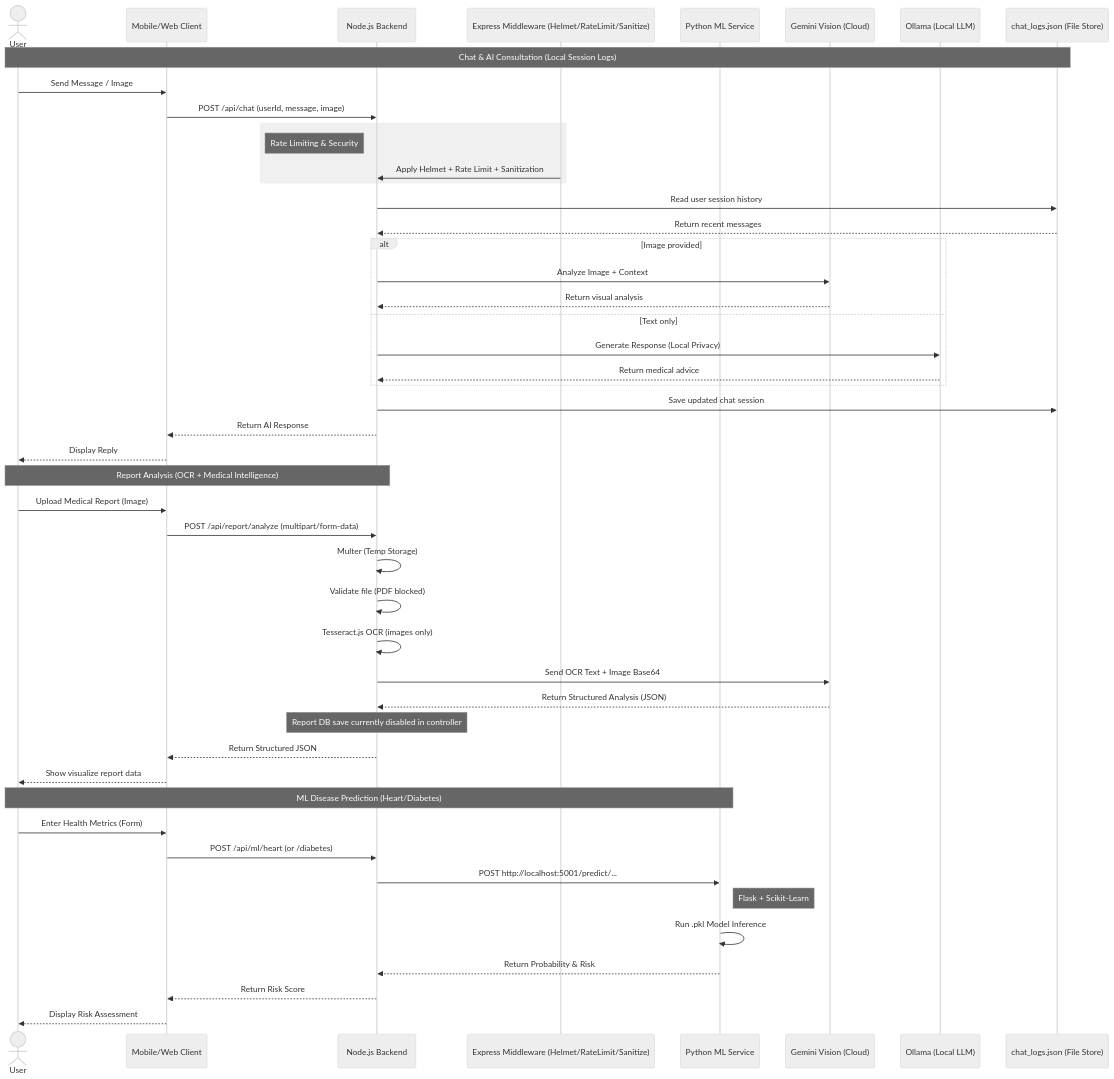
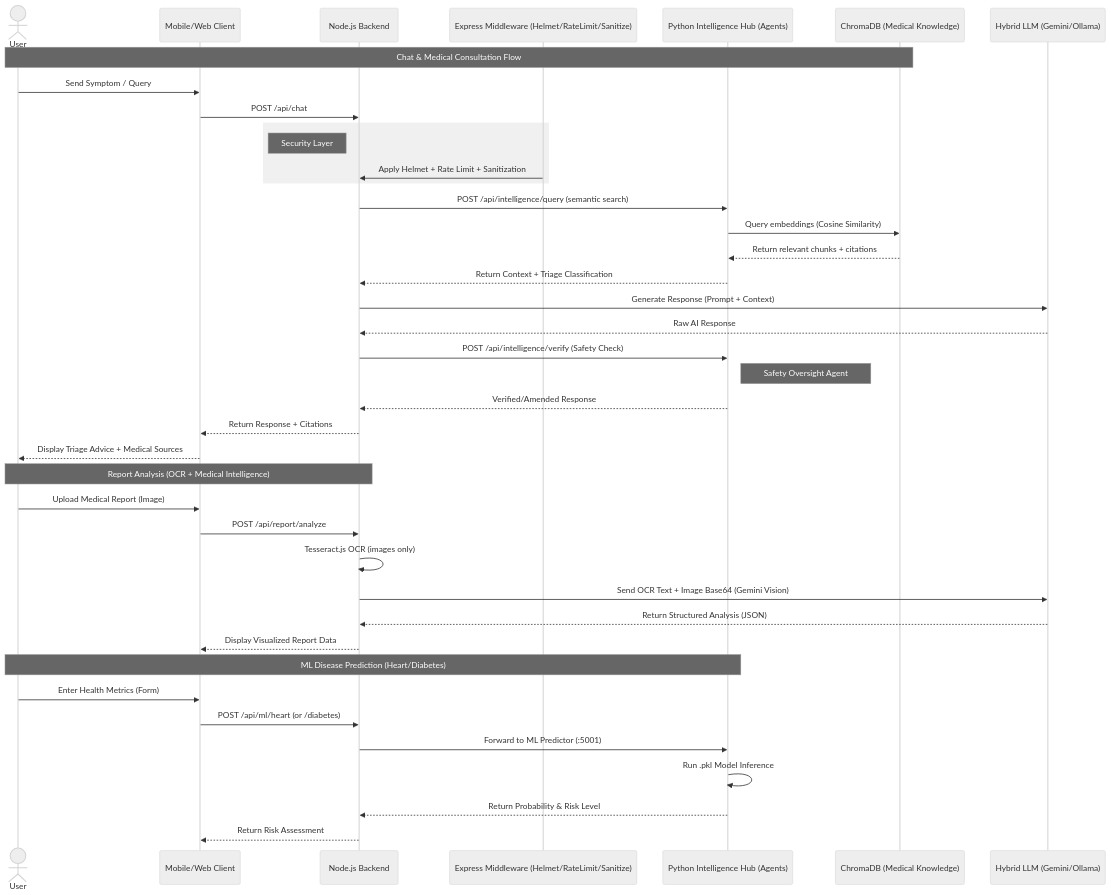
Before and after one commit to yashsrivastava1408/Aether-Clinic: the first of 2 diagrams in README.md, drawn with Mermaid (neutral theme). The commit also changed other lines of this file and 32 other files, not shown here.

````diff
--- a/README.md
+++ b/README.md
@@ -7,62 +7,51 @@
 ```mermaid
 sequenceDiagram
     actor User
     participant App as Mobile/Web Client
     participant Server as Node.js Backend
     participant Security as Express Middleware (Helmet/RateLimit/Sanitize)
-    participant MLService as Python ML Service
-    participant Gemini as Gemini Vision (Cloud)
-    participant Ollama as Ollama (Local LLM)
-    participant Logs as chat_logs.json (File Store)
+    participant IntelHub as Python Intelligence Hub (Agents)
+    participant VectorDB as ChromaDB (Medical Knowledge)
+    participant LLM as Hybrid LLM (Gemini/Ollama)
     
-    Note over User,Logs: Chat & AI Consultation (Local Session Logs)
-    User->>App: Send Message / Image
-    App->>Server: POST /api/chat (userId, message, image)
+    Note over User,VectorDB: Chat & Medical Consultation Flow
+    User->>App: Send Symptom / Query
+    App->>Server: POST /api/chat
     
     rect rgb(240, 240, 240)
-        Note left of Server: Rate Limiting & Security
+        Note left of Server: Security Layer
         Security->>Server: Apply Helmet + Rate Limit + Sanitization
     end
 
-    Server->>Logs: Read user session history
-    Logs-->>Server: Return recent messages
+    Server->>IntelHub: POST /api/intelligence/query (semantic search)
+    IntelHub->>VectorDB: Query embeddings (Cosine Similarity)
+    VectorDB-->>IntelHub: Return relevant chunks + citations
+    IntelHub-->>Server: Return Context + Triage Classification
     
-    alt Image provided
-        Server->>Gemini: Analyze Image + Context
-        Gemini-->>Server: Return visual analysis
-    else Text only
-        Server->>Ollama: Generate Response (Local Privacy)
-        Ollama-->>Server: Return medical advice
-    end
-
-    Server->>Logs: Save updated chat session
-    Server-->>App: Return AI Response
-    App-->>User: Display Reply
+    Server->>LLM: Generate Response (Prompt + Context)
+    LLM-->>Server: Raw AI Response
+    
+    Server->>IntelHub: POST /api/intelligence/verify (Safety Check)
+    Note right of IntelHub: Safety Oversight Agent
+    IntelHub-->>Server: Verified/Amended Response
+    
+    Server-->>App: Return Response + Citations
+    App-->>User: Display Triage Advice + Medical Sources
 
     Note over User,Server: Report Analysis (OCR + Medical Intelligence)
     User->>App: Upload Medical Report (Image)
-    App->>Server: POST /api/report/analyze (multipart/form-data)
+    App->>Server: POST /api/report/analyze
     
-    Server->>Server: Multer (Temp Storage)
-    Server->>Server: Validate file (PDF blocked)
     Server->>Server: Tesseract.js OCR (images only)
-    
-    Server->>Gemini: Send OCR Text + Image Base64
-    Gemini-->>Server: Return Structured Analysis (JSON)
-    
-    Note over Server: Report DB save currently disabled in controller
-    Server-->>App: Return Structured JSON
-    App-->>User: Show visualize report data
+    Server->>LLM: Send OCR Text + Image Base64 (Gemini Vision)
+    LLM-->>Server: Return Structured Analysis (JSON)
+    Server-->>App: Display Visualized Report Data
 
-    Note over User,MLService: ML Disease Prediction (Heart/Diabetes)
+    Note over User,IntelHub: ML Disease Prediction (Heart/Diabetes)
     User->>App: Enter Health Metrics (Form)
     App->>Server: POST /api/ml/heart (or /diabetes)
-    
-    Server->>MLService: POST http://localhost:5001/predict/...
-    Note right of MLService: Flask + Scikit-Learn
-    MLService->>MLService: Run .pkl Model Inference
-    MLService-->>Server: Return Probability & Risk
-    
-    Server-->>App: Return Risk Score
-    App-->>User: Display Risk Assessment
+    Server->>IntelHub: Forward to ML Predictor (:5001)
+    IntelHub->>IntelHub: Run .pkl Model Inference
+    IntelHub-->>Server: Return Probability & Risk Level
+    Server-->>App: Return Risk Assessment
 ```
````
